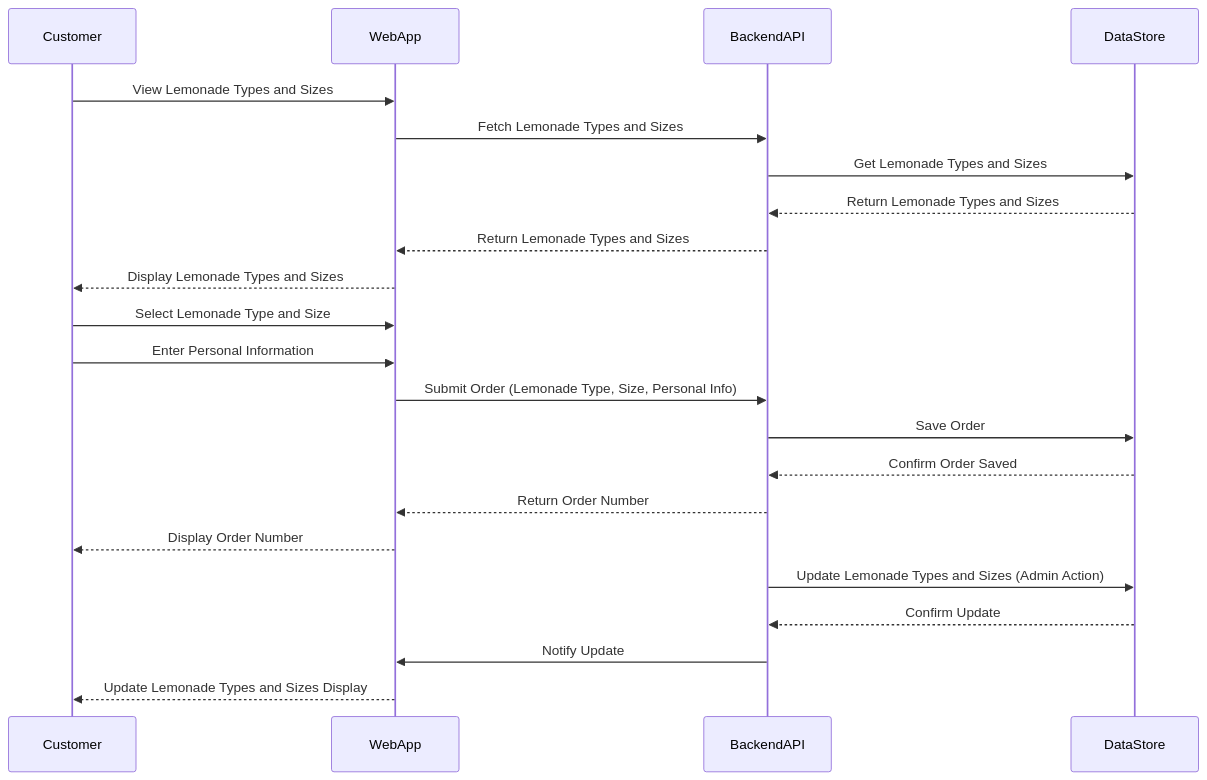
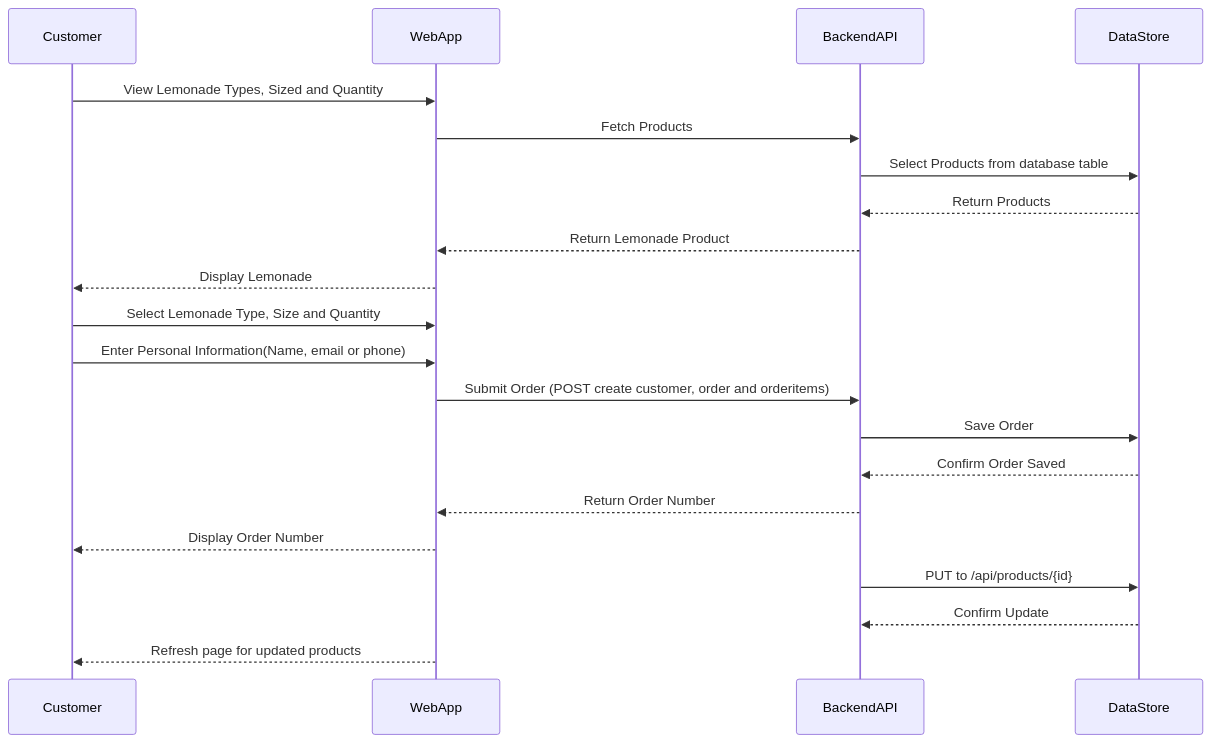
The diagram in README.md (dat1010/manulife-lemonade-stand), drawn with Mermaid before and after one commit.

Commit message:
updated diagram

````diff
--- a/README.md
+++ b/README.md
@@ -29,27 +29,26 @@
 ```mermaid
 sequenceDiagram
     participant Customer
     participant WebApp
     participant BackendAPI
     participant DataStore
 
-    Customer ->> WebApp: View Lemonade Types and Sizes
-    WebApp ->> BackendAPI: Fetch Lemonade Types and Sizes
-    BackendAPI ->> DataStore: Get Lemonade Types and Sizes
-    DataStore -->> BackendAPI: Return Lemonade Types and Sizes
-    BackendAPI -->> WebApp: Return Lemonade Types and Sizes
-    WebApp -->> Customer: Display Lemonade Types and Sizes
+    Customer ->> WebApp: View Lemonade Types, Sized and Quantity
+    WebApp ->> BackendAPI: Fetch Products
+    BackendAPI ->> DataStore: Select Products from database table
+    DataStore -->> BackendAPI: Return Products
+    BackendAPI -->> WebApp: Return Lemonade Product
+    WebApp -->> Customer: Display Lemonade 
 
-    Customer ->> WebApp: Select Lemonade Type and Size
-    Customer ->> WebApp: Enter Personal Information
-    WebApp ->> BackendAPI: Submit Order (Lemonade Type, Size, Personal Info)
+    Customer ->> WebApp: Select Lemonade Type, Size and Quantity
+    Customer ->> WebApp: Enter Personal Information(Name, email or phone)
+    WebApp ->> BackendAPI: Submit Order (POST create customer, order and orderitems)
     BackendAPI ->> DataStore: Save Order
     DataStore -->> BackendAPI: Confirm Order Saved
     BackendAPI -->> WebApp: Return Order Number
     WebApp -->> Customer: Display Order Number
 
-    BackendAPI ->> DataStore: Update Lemonade Types and Sizes (Admin Action)
+    BackendAPI ->> DataStore: PUT to /api/products/{id}
     DataStore -->> BackendAPI: Confirm Update
-    BackendAPI ->> WebApp: Notify Update
-    WebApp -->> Customer: Update Lemonade Types and Sizes Display
+    WebApp -->> Customer: Refresh page for updated products
 ```
````
